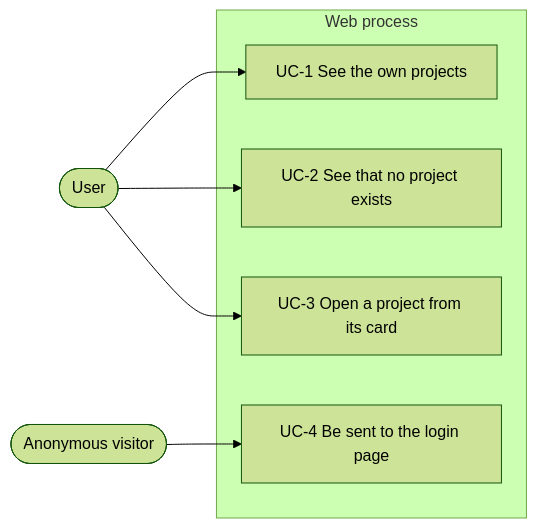
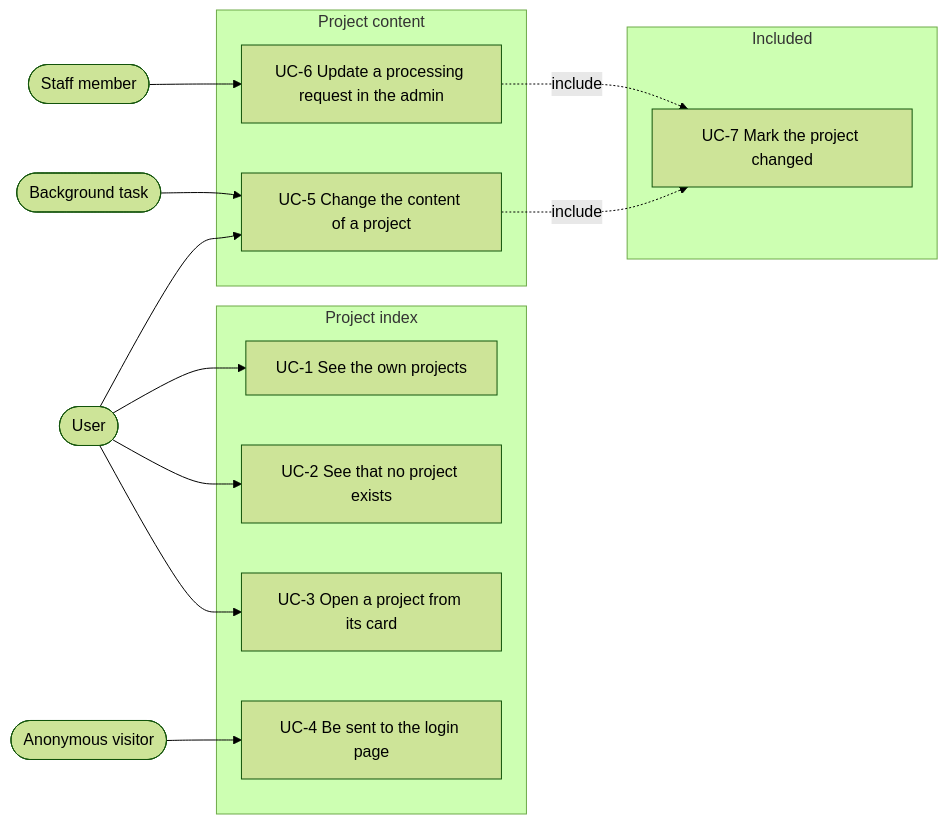
The first of 4 diagrams in specs/2026-10-12-project-cards.md (asr4memory/mmt-py), drawn with Mermaid (forest theme) before and after one commit. The commit also changed other lines of this file, not shown here.

Commit message:
Extend the project cards spec with content changes and the card redesign

````diff
--- a/specs/2026-10-12-project-cards.md
+++ b/specs/2026-10-12-project-cards.md
@@ -107,17 +133,34 @@
 ```mermaid
 flowchart LR
   user([User])
   anon([Anonymous visitor])
+  staff([Staff member])
+  task([Background task])
 
-  subgraph web["Web process"]
+  subgraph index["Project index"]
     uc1[UC-1 See the own projects]
     uc2[UC-2 See that no project exists]
     uc3[UC-3 Open a project from its card]
     uc4[UC-4 Be sent to the login page]
   end
 
+  subgraph content["Project content"]
+    uc5[UC-5 Change the content of a project]
+    uc6[UC-6 Update a processing request in the admin]
+  end
+
+  subgraph shared["Included"]
+    uc7[UC-7 Mark the project changed]
+  end
+
   user --> uc1
   user --> uc2
   user --> uc3
   anon --> uc4
+  user --> uc5
+  task --> uc5
+  staff --> uc6
+
+  uc5 -. include .-> uc7
+  uc6 -. include .-> uc7
 ```
````
